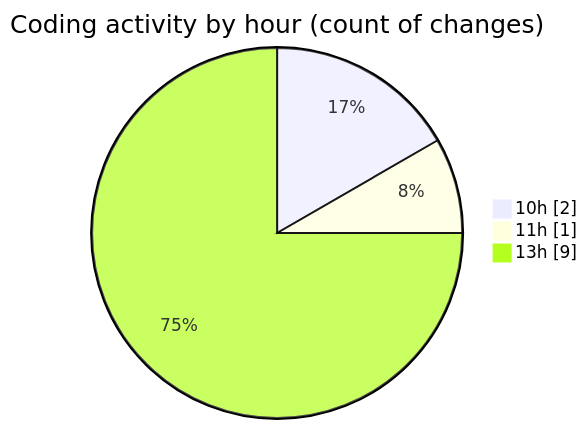
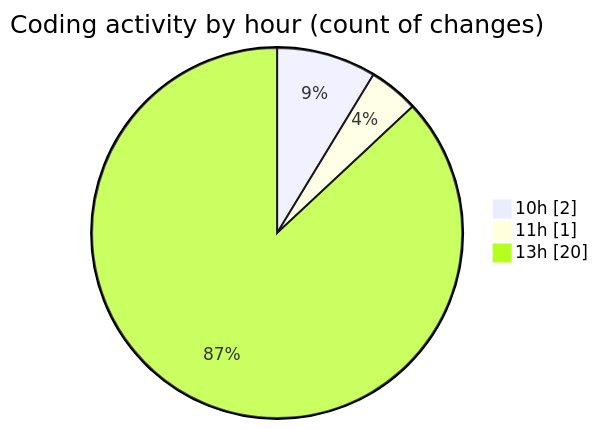
Before and after one commit to nxtqubesakshisongat/code-tracking: the second of 2 diagrams in 2026-03-03/nxtqube_webapp/README.md, drawn with Mermaid. The commit also changed other lines of this file and 1 other file, not shown here.

````diff
--- a/2026-03-03/nxtqube_webapp/README.md
+++ b/2026-03-03/nxtqube_webapp/README.md
@@ -33,7 +37,7 @@
 ```mermaid
 pie showData
 title Coding activity by hour (count of changes)
 "10h" : 2
 "11h" : 1
-"13h" : 9
+"13h" : 20
 ```
````
